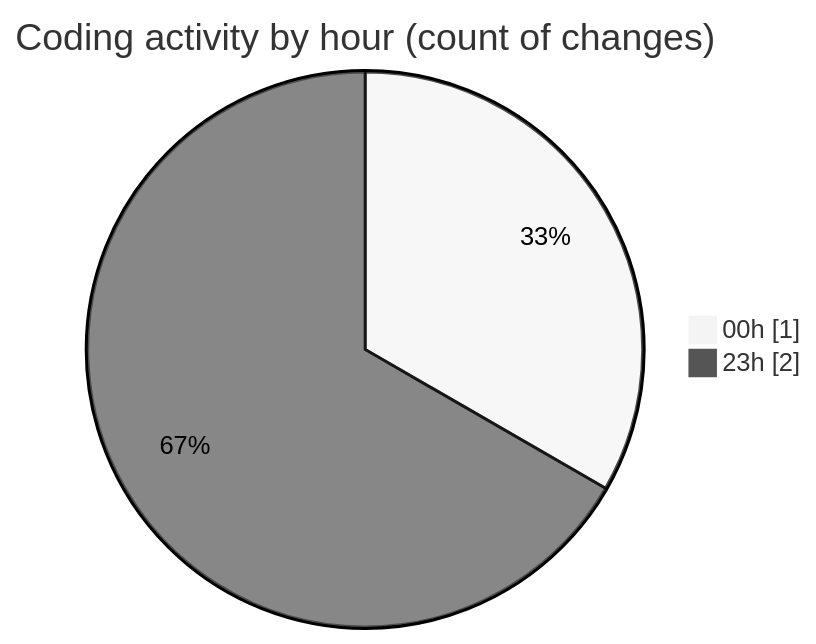
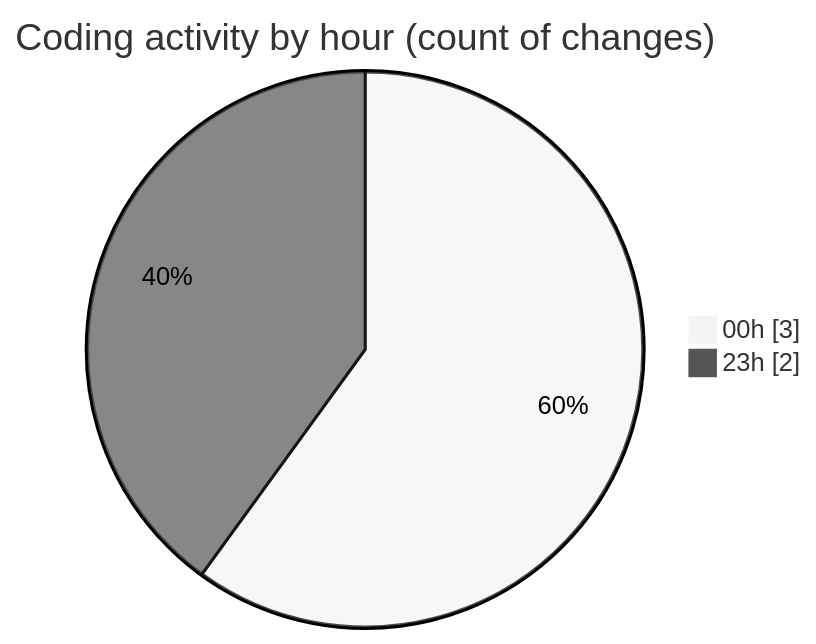
The second of 2 diagrams in 2025-03-24/aufgabe_250321/README.md (BS-eng2023/code-tracking), drawn with Mermaid (neutral theme) before and after one commit. The commit also changed other lines of this file and 1 other file, not shown here.

````diff
--- a/2025-03-24/aufgabe_250321/README.md
+++ b/2025-03-24/aufgabe_250321/README.md
@@ -28,6 +29,6 @@
 ```mermaid
 pie showData
 title Coding activity by hour (count of changes)
-"00h" : 1
+"00h" : 3
 "23h" : 2
 ```
````
